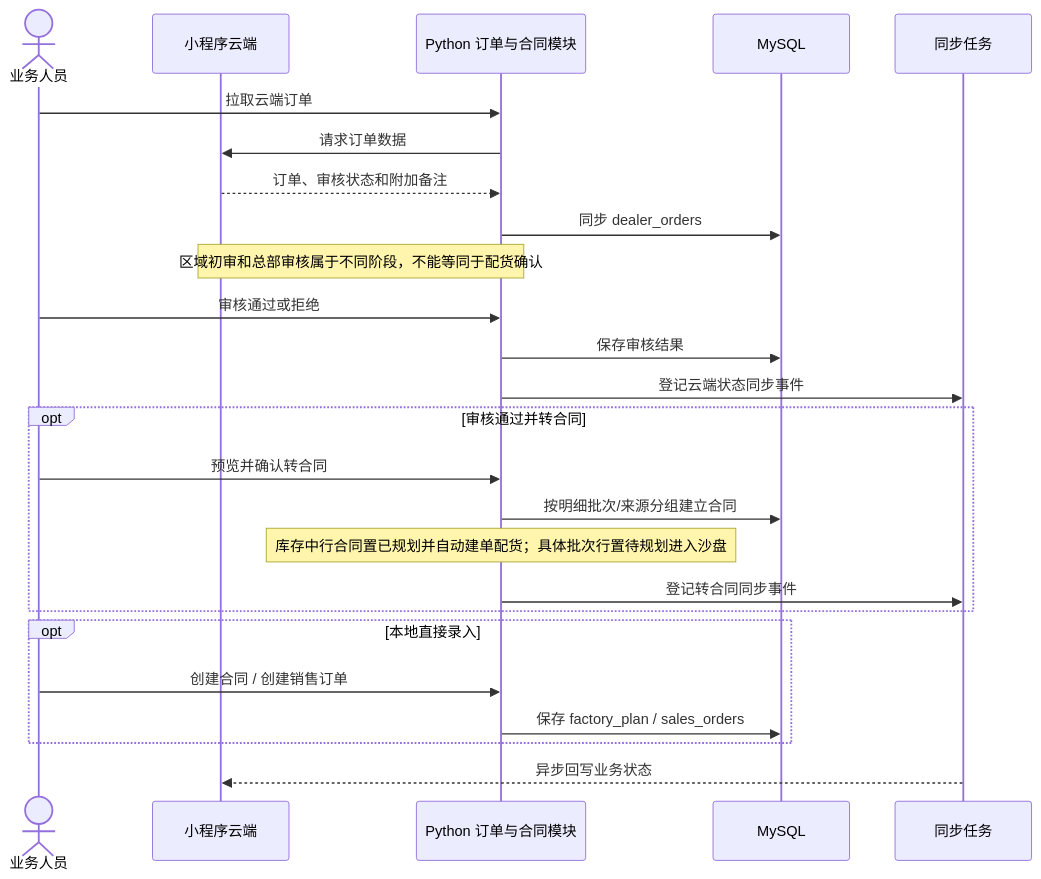
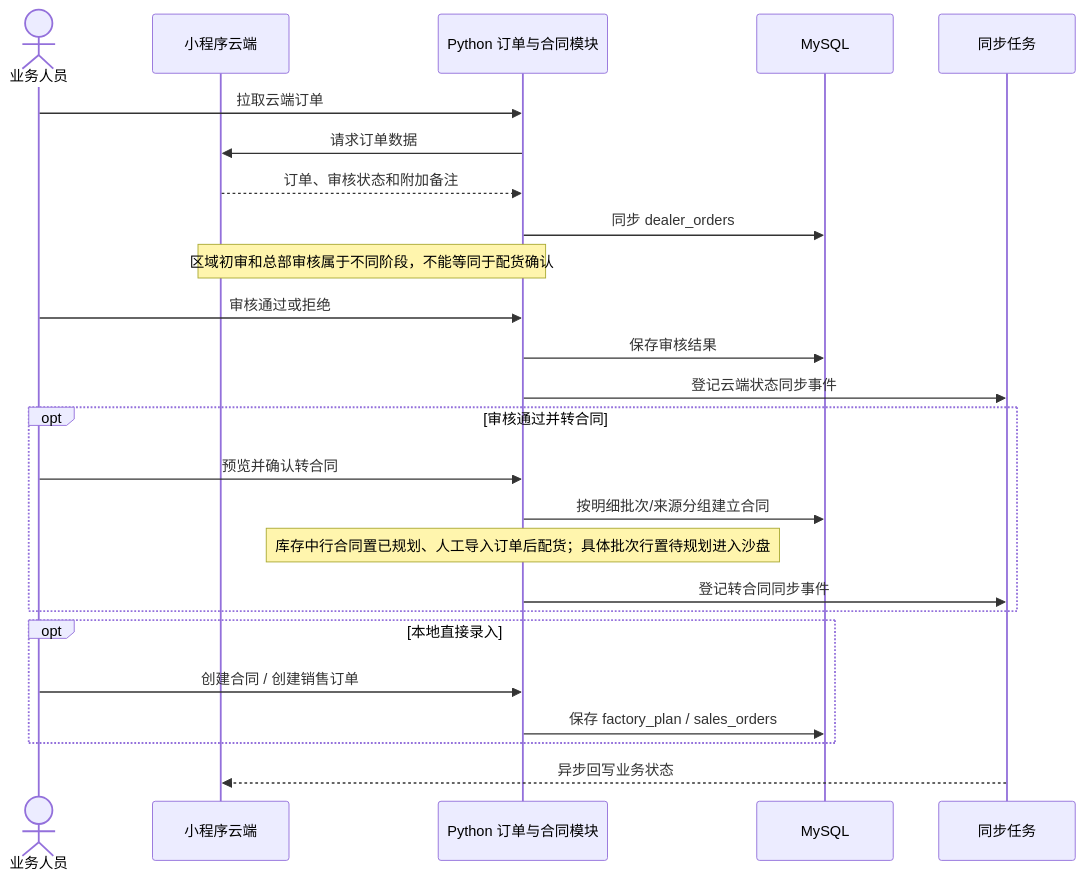
Before and after one commit to 3gU11/project1: the third of 8 diagrams in docs/BUSINESS_SEQUENCE_ARCHITECTURE.md, drawn with Mermaid. The commit also changed other lines of this file and 18 other files, not shown here.

````diff
--- a/docs/BUSINESS_SEQUENCE_ARCHITECTURE.md
+++ b/docs/BUSINESS_SEQUENCE_ARCHITECTURE.md
@@ -76,27 +76,27 @@
 ```mermaid
 sequenceDiagram
     actor U as 业务人员
     participant C as 小程序云端
     participant P as Python 订单与合同模块
     participant D as MySQL
     participant O as 同步任务
     U->>P: 拉取云端订单
     P->>C: 请求订单数据
     C-->>P: 订单、审核状态和附加备注
     P->>D: 同步 dealer_orders
     Note over C,P: 区域初审和总部审核属于不同阶段，不能等同于配货确认
     U->>P: 审核通过或拒绝
     P->>D: 保存审核结果
     P->>O: 登记云端状态同步事件
     opt 审核通过并转合同
         U->>P: 预览并确认转合同
         P->>D: 按明细批次/来源分组建立合同
-        Note over P: 库存中行合同置已规划并自动建单配货；具体批次行置待规划进入沙盘
+        Note over P: 库存中行合同置已规划、人工导入订单后配货；具体批次行置待规划进入沙盘
         P->>O: 登记转合同同步事件
     end
     opt 本地直接录入
         U->>P: 创建合同 / 创建销售订单
         P->>D: 保存 factory_plan / sales_orders
     end
     O-->>C: 异步回写业务状态
 ```
````
